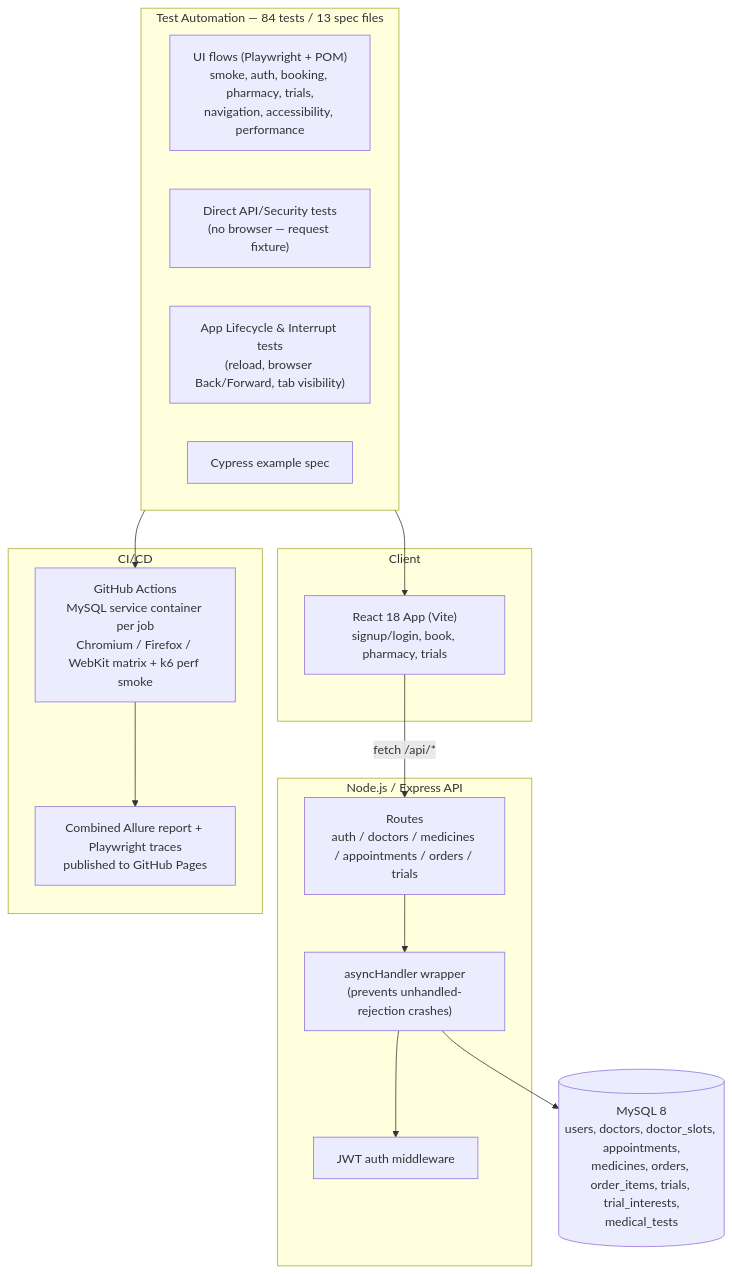
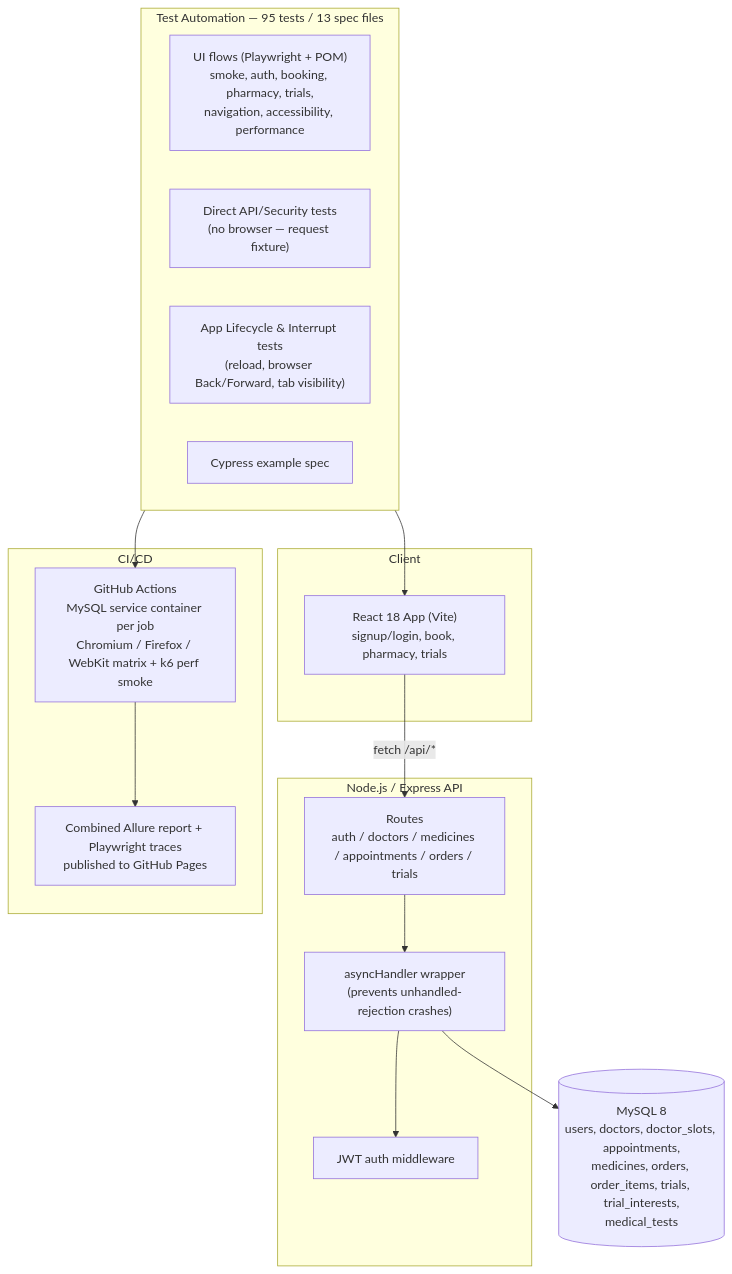
Before and after one commit to REZAULKARIM2024/MeridianHealth-test-automation: the diagram in README.md, drawn with Mermaid. The commit also changed other lines of this file and 3 other files, not shown here.

````diff
--- a/README.md
+++ b/README.md
@@ -79,35 +79,35 @@
 ```mermaid
 flowchart TB
     subgraph Client
         React["React 18 App (Vite)<br/>signup/login, book, pharmacy, trials"]
     end
 
     subgraph Backend["Node.js / Express API"]
         Routes["Routes<br/>auth / doctors / medicines / appointments / orders / trials"]
         AsyncHandler["asyncHandler wrapper<br/>(prevents unhandled-rejection crashes)"]
         Auth["JWT auth middleware"]
     end
 
     DB[("MySQL 8<br/>users, doctors, doctor_slots, appointments,<br/>medicines, orders, order_items, trials, trial_interests,<br/>medical_tests")]
 
     React -->|fetch /api/*| Routes
     Routes --> AsyncHandler
     AsyncHandler --> Auth
     AsyncHandler --> DB
 
-    subgraph Tests["Test Automation — 84 tests / 13 spec files"]
+    subgraph Tests["Test Automation — 95 tests / 13 spec files"]
         UI["UI flows (Playwright + POM)<br/>smoke, auth, booking, pharmacy, trials,<br/>navigation, accessibility, performance"]
         API["Direct API/Security tests<br/>(no browser — request fixture)"]
         Lifecycle["App Lifecycle & Interrupt tests<br/>(reload, browser Back/Forward, tab visibility)"]
         Cypress["Cypress example spec"]
     end
 
     subgraph Pipeline["CI/CD"]
         GHA["GitHub Actions<br/>MySQL service container per job<br/>Chromium / Firefox / WebKit matrix + k6 perf smoke"]
         AllureReport["Combined Allure report + Playwright traces<br/>published to GitHub Pages"]
     end
 
     Tests --> React
     Tests --> GHA
     GHA --> AllureReport
 ```
````
